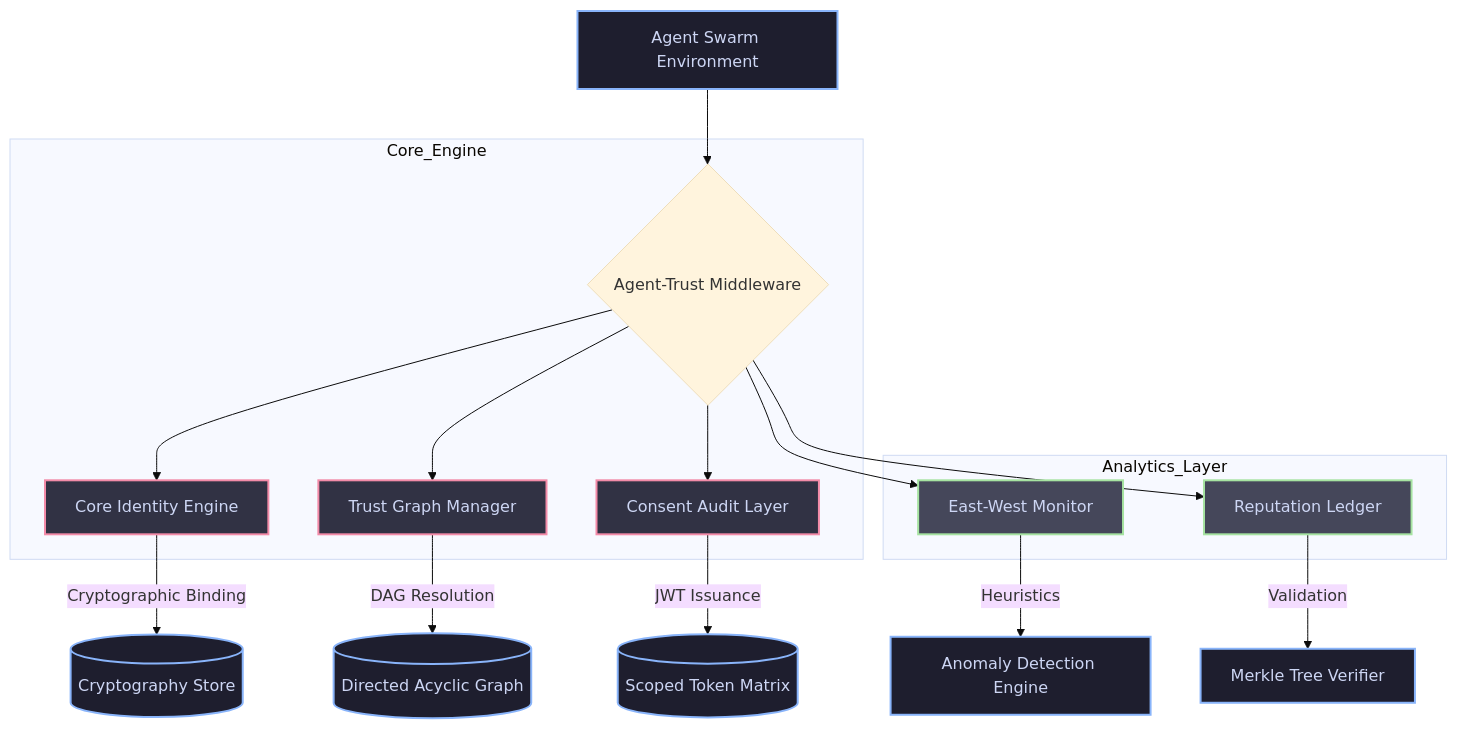
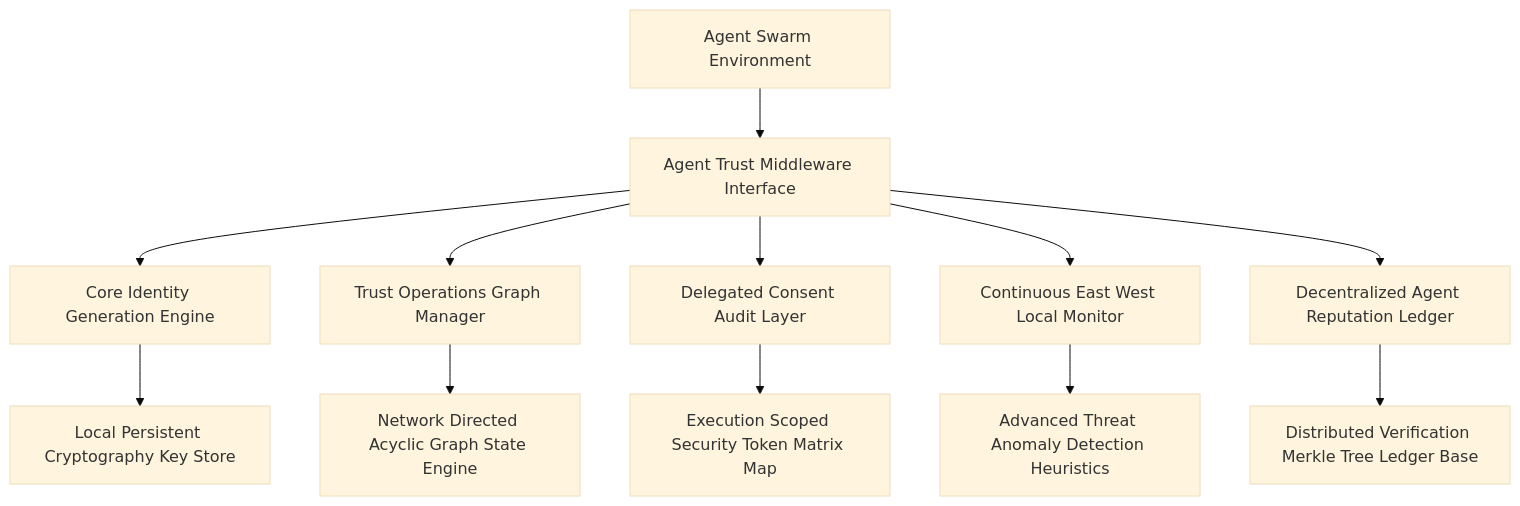
The first of 30 diagrams in README.md (MrDecryptDecipher/Agent-Trust), drawn with Mermaid (base theme) before and after one commit. The commit also changed other lines of this file, not shown here.

Commit message:
Ultra-strict diagram rendering using pure alphanumeric sequences and explicit non-cyclic flow structures

````diff
--- a/README.md
+++ b/README.md
@@ -22,25 +22,14 @@
 ```mermaid
-flowchart TD
-    classDef sys fill:#1e1e2e,stroke:#89b4fa,stroke-width:2px,color:#cdd6f4
-    classDef core fill:#313244,stroke:#f38ba8,stroke-width:2px,color:#cdd6f4
-    classDef mod fill:#45475a,stroke:#a6e3a1,stroke-width:2px,color:#cdd6f4
-    
-    A["Agent Swarm Environment"]:::sys --> B{"Agent-Trust Middleware"}
-    
-    subgraph Core_Engine
-        B --> C["Core Identity Engine"]:::core
-        B --> D["Trust Graph Manager"]:::core
-        B --> E["Consent Audit Layer"]:::core
-    end
-    
-    subgraph Analytics_Layer
-        B --> F["East-West Monitor"]:::mod
-        B --> G["Reputation Ledger"]:::mod
-    end
-    
-    C -->|Cryptographic Binding| H[("Cryptography Store")]:::sys
-    D -->|DAG Resolution| I[("Directed Acyclic Graph")]:::sys
-    E -->|JWT Issuance| J[("Scoped Token Matrix")]:::sys
-    F -->|Heuristics| K["Anomaly Detection Engine"]:::sys
-    G -->|Validation| L["Merkle Tree Verifier"]:::sys
+graph TD
+    A[Agent Swarm Environment] --> B[Agent Trust Middleware Interface]
+    B --> C[Core Identity Generation Engine]
+    B --> D[Trust Operations Graph Manager]
+    B --> E[Delegated Consent Audit Layer]
+    B --> F[Continuous East West Local Monitor]
+    B --> G[Decentralized Agent Reputation Ledger]
+    C --> H[Local Persistent Cryptography Key Store]
+    D --> I[Network Directed Acyclic Graph State Engine]
+    E --> J[Execution Scoped Security Token Matrix Map]
+    F --> K[Advanced Threat Anomaly Detection Heuristics]
+    G --> L[Distributed Verification Merkle Tree Ledger Base]
 ```
````
